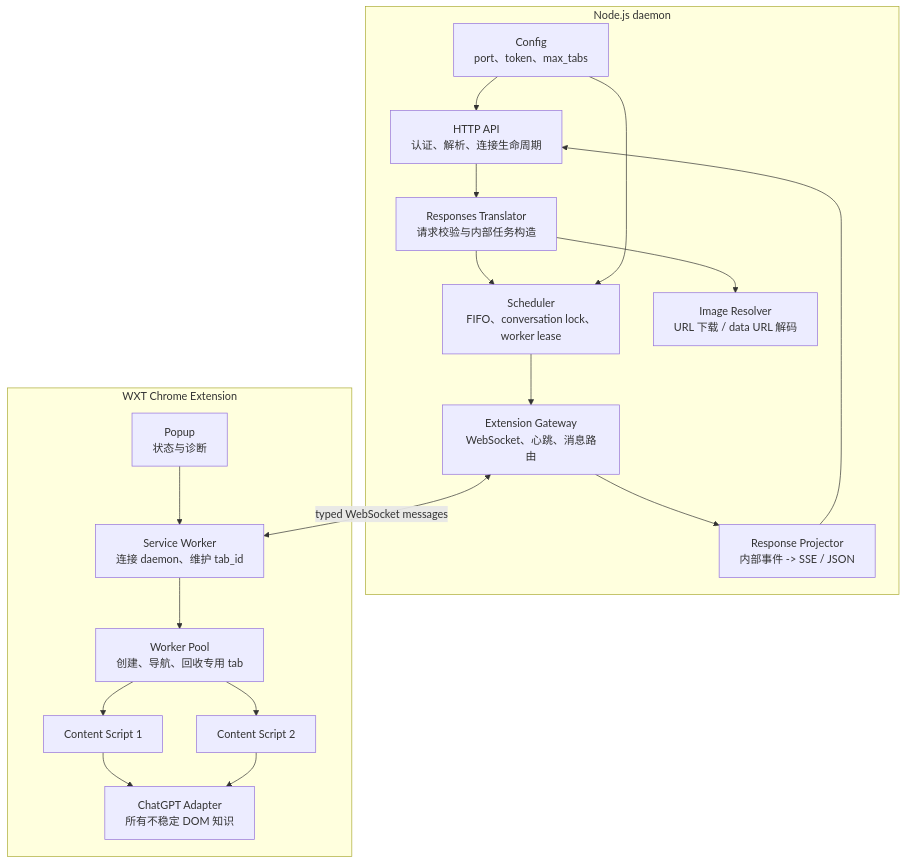
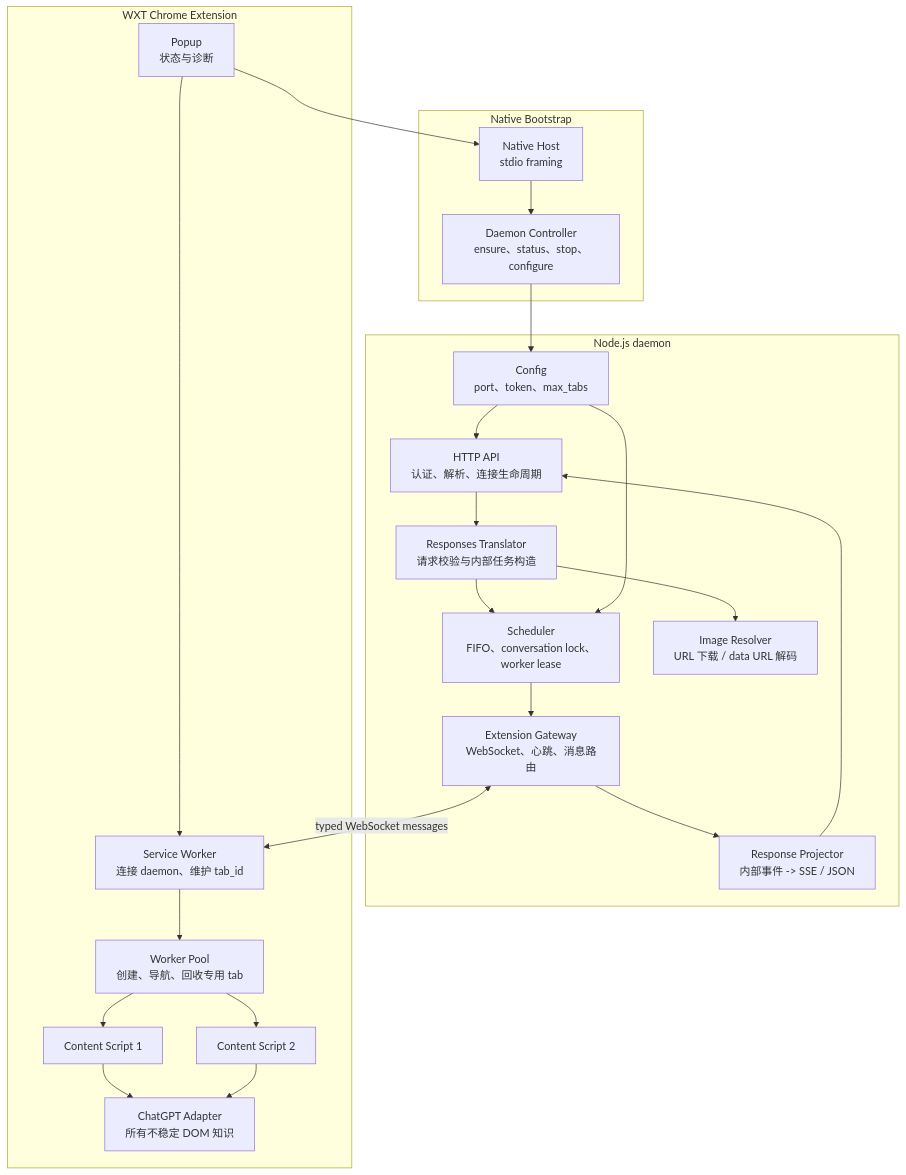
The second of 7 diagrams in docs/v001/tech-design.md (glidea/web2api), drawn with Mermaid before and after one commit. The commit also changed other lines of this file and 26 other files, not shown here.

````diff
--- a/docs/v001/tech-design.md
+++ b/docs/v001/tech-design.md
@@ -330,37 +333,45 @@
 ```mermaid
 flowchart TB
     subgraph Daemon["Node.js daemon"]
         HTTP["HTTP API<br/>认证、解析、连接生命周期"]
         Translator["Responses Translator<br/>请求校验与内部任务构造"]
         Scheduler["Scheduler<br/>FIFO、conversation lock、worker lease"]
         Gateway["Extension Gateway<br/>WebSocket、心跳、消息路由"]
         Projector["Response Projector<br/>内部事件 -> SSE / JSON"]
         Images["Image Resolver<br/>URL 下载 / data URL 解码"]
         Config["Config<br/>port、token、max_tabs"]
+    end
+
+    subgraph Bootstrap["Native Bootstrap"]
+        Native["Native Host<br/>stdio framing"]
+        Controller["Daemon Controller<br/>ensure、status、stop、configure"]
+        Native --> Controller
     end
 
     subgraph Extension["WXT Chrome Extension"]
         SW["Service Worker<br/>连接 daemon、维护 tab_id"]
         Pool["Worker Pool<br/>创建、导航、回收专用 tab"]
         CS1["Content Script 1"]
         CS2["Content Script 2"]
         Adapter["ChatGPT Adapter<br/>所有不稳定 DOM 知识"]
         Popup["Popup<br/>状态与诊断"]
     end
 
     HTTP --> Translator
     Translator --> Scheduler
     Translator --> Images
     Scheduler --> Gateway
     Gateway --> Projector
     Projector --> HTTP
     Config --> HTTP
     Config --> Scheduler
     Gateway <-->|"typed WebSocket messages"| SW
     SW --> Pool
     Pool --> CS1
     Pool --> CS2
     CS1 --> Adapter
     CS2 --> Adapter
     Popup --> SW
+    Popup --> Native
+    Controller --> Config
 ```
````
